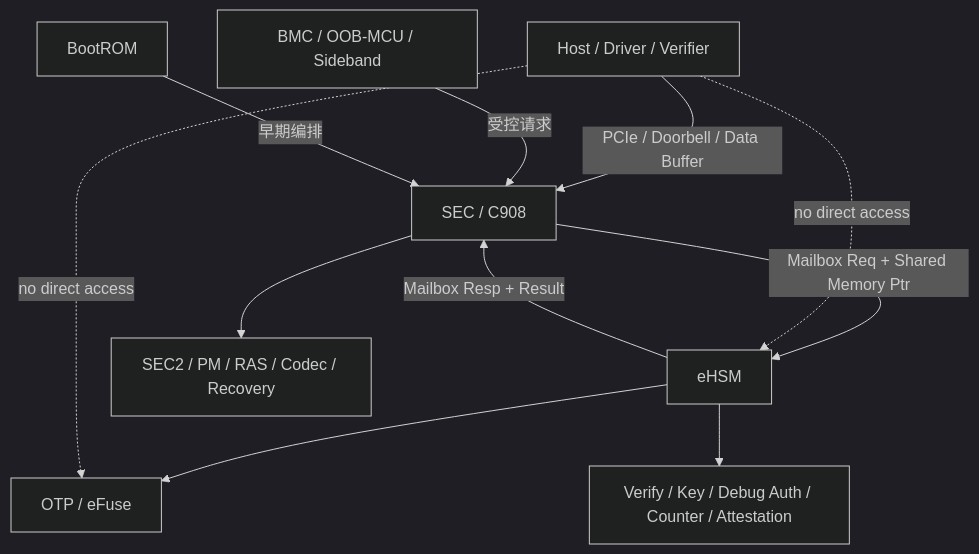
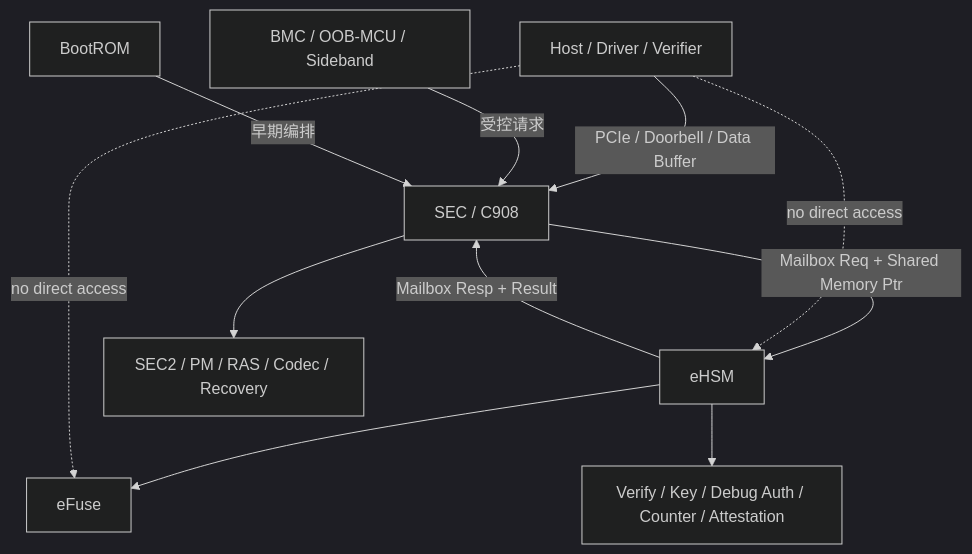
Before and after one commit to DBW19931021/security_-scheme: diagram 16 of 29 in ngu800_security_solution_flow_with_gpt/security_workflow/03_detailed_design/10_full_design.md, drawn with Mermaid (dark theme). The commit also changed other lines of this file and 28 other files, not shown here.

````diff
--- a/ngu800_security_solution_flow_with_gpt/security_workflow/03_detailed_design/10_full_design.md
+++ b/ngu800_security_solution_flow_with_gpt/security_workflow/03_detailed_design/10_full_design.md
@@ -2132,13 +2345,13 @@
 ```mermaid
 graph TD
     H[Host / Driver / Verifier] -->|PCIe / Doorbell / Data Buffer| SEC[SEC / C908]
     BMC[BMC / OOB-MCU / Sideband] -->|受控请求| SEC
     BR[BootROM] -->|早期编排| SEC
     SEC -->|Mailbox Req + Shared Memory Ptr| EH[eHSM]
     EH -->|Mailbox Resp + Result| SEC
-    EH --> OTP[OTP / eFuse]
+    EH --> eFuse[eFuse]
     EH --> ALG[Verify / Key / Debug Auth / Counter / Attestation]
     SEC --> FW[SEC2 / PM / RAS / Codec / Recovery]
     H -. no direct access .-> EH
-    H -. no direct access .-> OTP
+    H -. no direct access .-> eFuse
 ```
````
